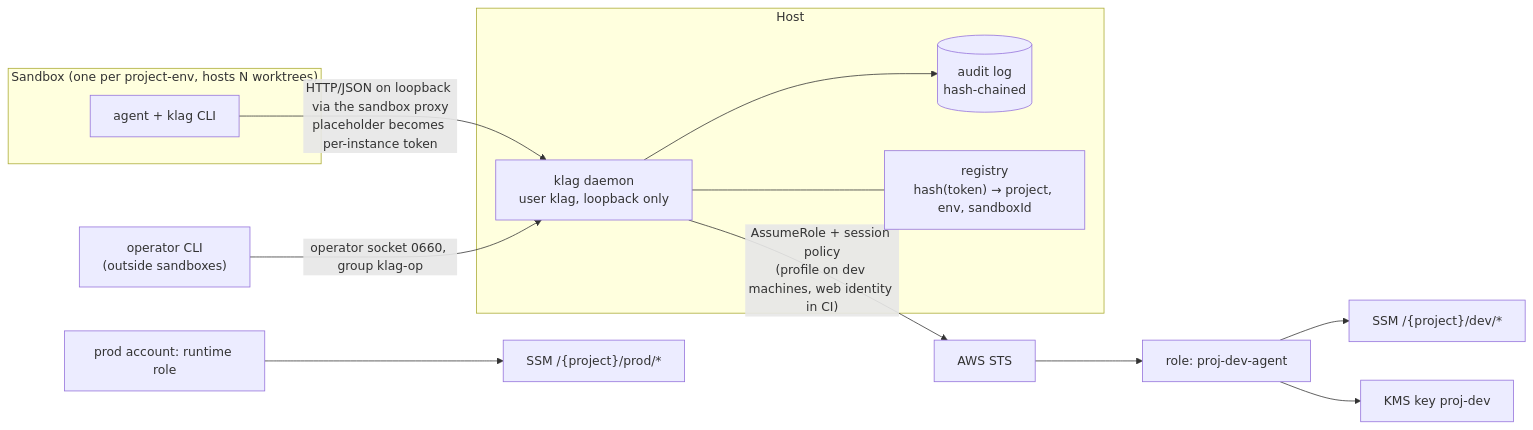
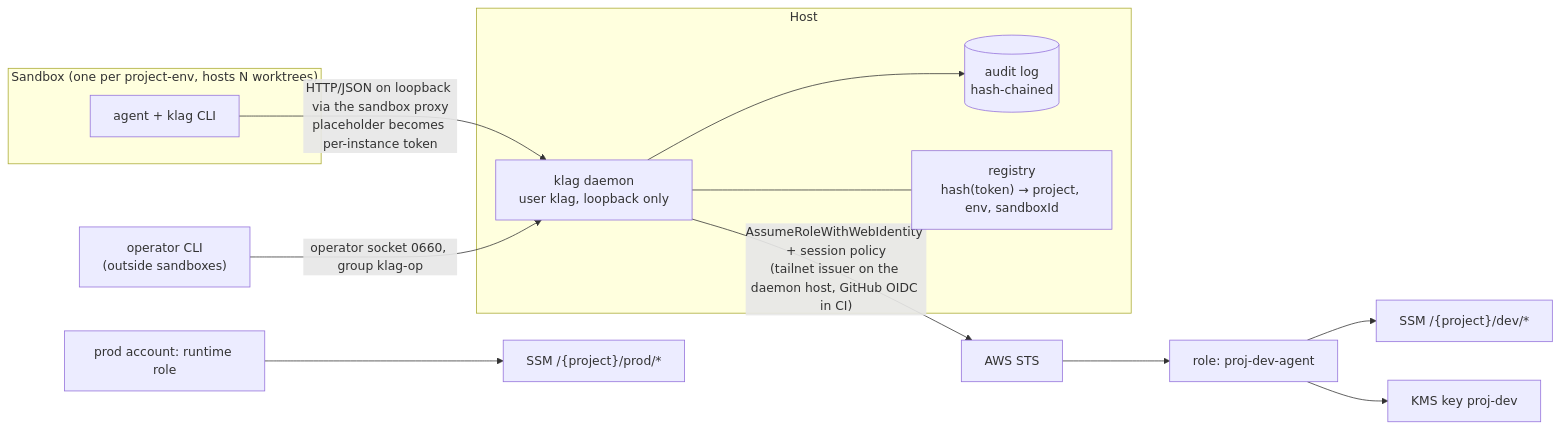
One commit to solidareasy/keyless-agents changed the first of 2 diagrams in SPEC.md. Above: the diagram before and after it, drawn with Mermaid. The commit also changed other lines of this file and 2 other files, not shown here.

Commit message:
docs: tailnet OIDC as the target AWS identity, with a spike and a profile fallback

````diff
--- a/SPEC.md
+++ b/SPEC.md
@@ -19,21 +19,21 @@
 ```mermaid
 flowchart LR
   subgraph Host
     D["klag daemon<br/>user klag, loopback only"]
     L[("audit log<br/>hash-chained")]
     R["registry<br/>hash(token) → project, env, sandboxId"]
   end
   subgraph SB["Sandbox (one per project-env, hosts N worktrees)"]
     AG["agent + klag CLI"]
   end
   OP["operator CLI<br/>(outside sandboxes)"]
   AG -- "HTTP/JSON on loopback via the sandbox proxy<br/>placeholder becomes per-instance token" --> D
   OP -- "operator socket 0660, group klag-op" --> D
   D --- R
   D --> L
-  D -- "AssumeRole + session policy<br/>(profile on dev machines, web identity in CI)" --> STS[AWS STS]
+  D -- "AssumeRoleWithWebIdentity + session policy<br/>(tailnet issuer on the daemon host, GitHub OIDC in CI)" --> STS[AWS STS]
   STS --> ROLE["role: proj-dev-agent"]
   ROLE --> SSM["SSM /{project}/dev/*"]
   ROLE --> KMS["KMS key proj-dev"]
   PRODROLE["prod account: runtime role"] --> SSMP["SSM /{project}/prod/*"]
 ```
````
